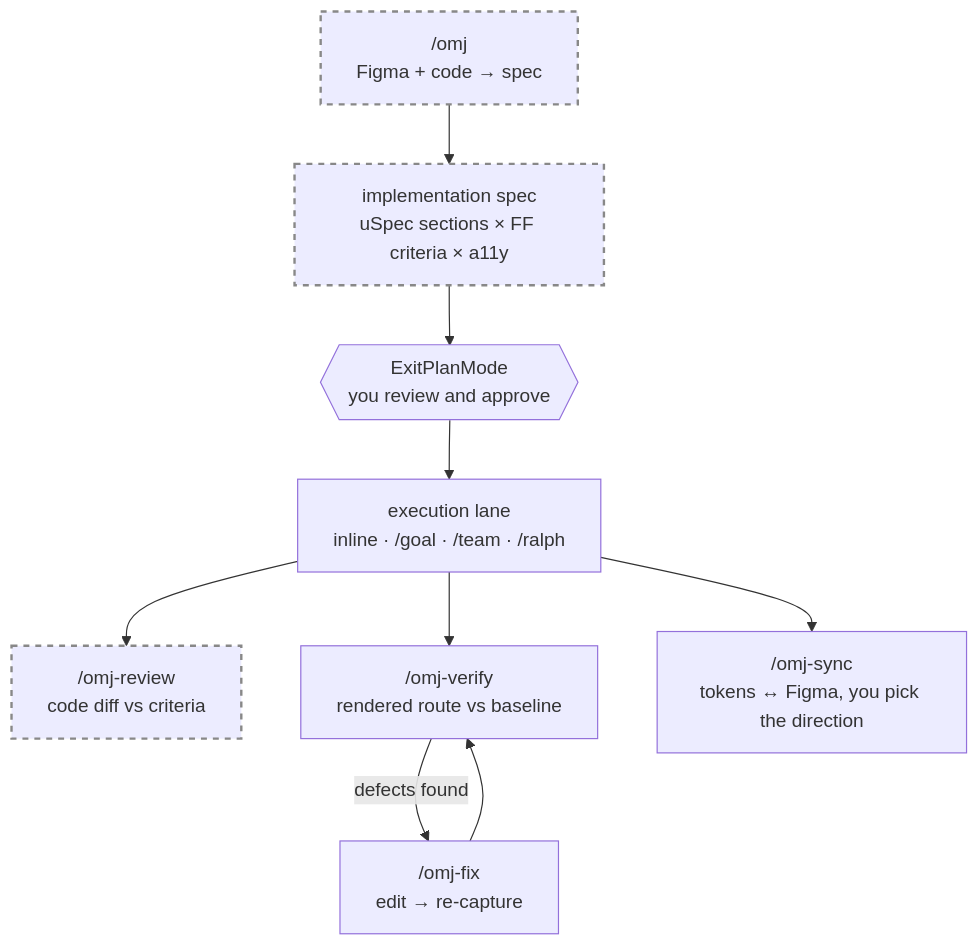
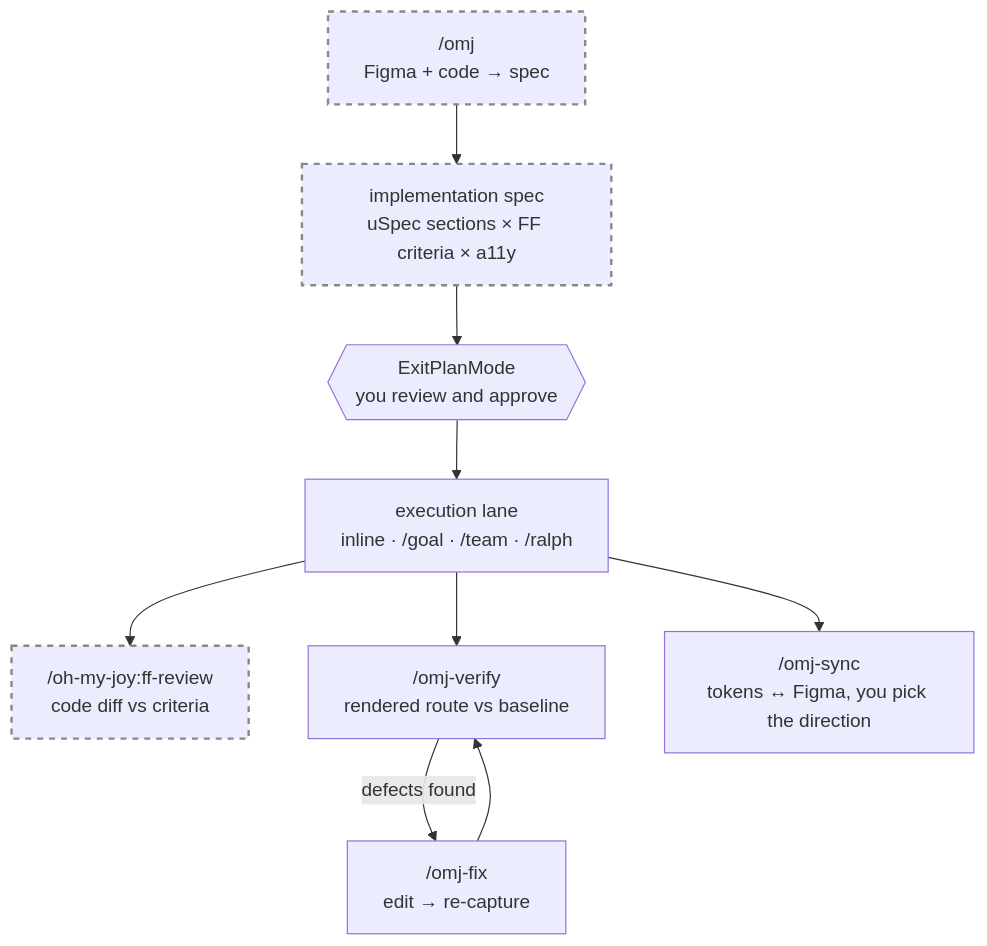
The diagram in README.md (S-jooyoung/oh-my-joy), drawn with Mermaid before and after one commit. The commit also changed other lines of this file and 23 other files, not shown here.

````diff
--- a/README.md
+++ b/README.md
@@ -28,13 +28,13 @@
 ```mermaid
 flowchart TD
     A["/omj<br/>Figma + code → spec"]:::readonly --> B["implementation spec<br/>uSpec sections × FF criteria × a11y"]:::readonly
     B --> C{{"ExitPlanMode<br/>you review and approve"}}
     C --> D["execution lane<br/>inline · /goal · /team · /ralph"]
-    D --> E["/omj-review<br/>code diff vs criteria"]:::readonly
+    D --> E["/oh-my-joy:ff-review<br/>code diff vs criteria"]:::readonly
     D --> F["/omj-verify<br/>rendered route vs baseline"]
     F -->|defects found| G["/omj-fix<br/>edit → re-capture"]
     G --> F
     D --> H["/omj-sync<br/>tokens ↔ Figma, you pick the direction"]
 
     classDef readonly stroke:#888,stroke-width:2px,stroke-dasharray: 5 5;
 ```
````
